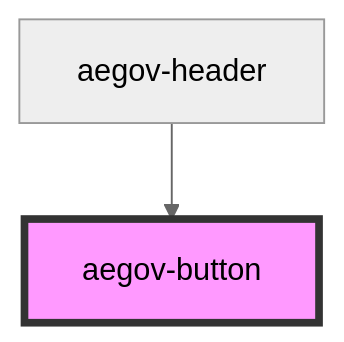
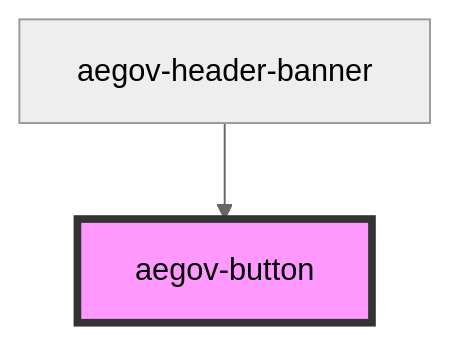
One commit to TDRA-ae/aegov-designsystem changed the diagram in src/components/aegov-button/readme.md. Above: the diagram before and after it, drawn with Mermaid (neutral theme). The commit also changed other lines of this file and 14 other files, not shown here.

Commit message:
spliting the aegov-header with aegov-header-banner

````diff
--- a/src/components/aegov-button/readme.md
+++ b/src/components/aegov-button/readme.md
@@ -68,5 +68,5 @@
 ```mermaid
 graph TD;
-  aegov-header --> aegov-button
+  aegov-header-banner --> aegov-button
   style aegov-button fill:#f9f,stroke:#333,stroke-width:4px
 ```
````
